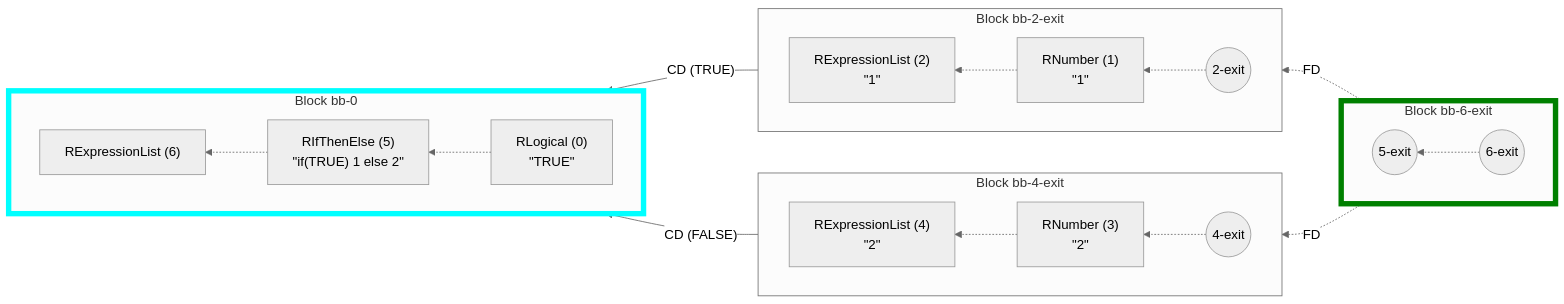
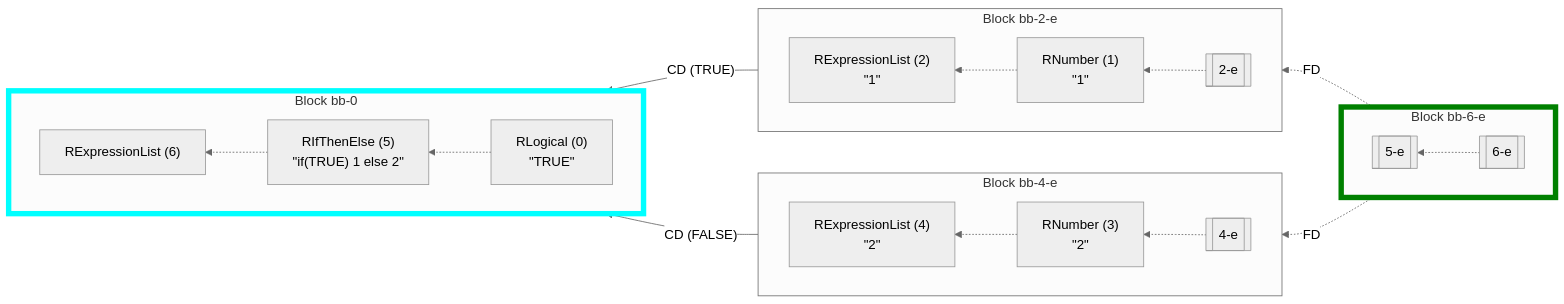
Before and after one commit to flowr-analysis/flowr: the third of 21 diagrams in wiki/Query API.md, drawn with Mermaid (neutral theme). The commit also changed other lines of this file and 9 other files, not shown here.

````diff
--- a/wiki/Query API.md
+++ b/wiki/Query API.md
@@ -1463,44 +1704,44 @@
 ```mermaid
 flowchart RL
     subgraph nbb-0 [Block bb-0]
         direction RL
     n0["`RLogical (0)
 #34;TRUE#34;`"]
     n5["`RIfThenElse (5)
 #34;if(TRUE) 1 else 2#34;`"]
     n0 -.-> n5
     n6["`RExpressionList (6)`"]
     n5 -.-> n6
     end
-    subgraph nbb-2-exit [Block bb-2-exit]
+    subgraph nbb-2-e [Block bb-2-e]
         direction RL
-    n2-exit((2-exit))
+    n2-e[[2-e]]
     n1["`RNumber (1)
 #34;1#34;`"]
-    n2-exit -.-> n1
+    n2-e -.-> n1
     n2["`RExpressionList (2)
 #34;1#34;`"]
     n1 -.-> n2
     end
-    subgraph nbb-4-exit [Block bb-4-exit]
+    subgraph nbb-4-e [Block bb-4-e]
         direction RL
-    n4-exit((4-exit))
+    n4-e[[4-e]]
     n3["`RNumber (3)
 #34;2#34;`"]
-    n4-exit -.-> n3
+    n4-e -.-> n3
     n4["`RExpressionList (4)
 #34;2#34;`"]
     n3 -.-> n4
     end
-    subgraph nbb-6-exit [Block bb-6-exit]
+    subgraph nbb-6-e [Block bb-6-e]
         direction RL
-    n6-exit((6-exit))
-    n5-exit((5-exit))
-    n6-exit -.-> n5-exit
+    n6-e[[6-e]]
+    n5-e[[5-e]]
+    n6-e -.-> n5-e
     end
-    nbb-6-exit -.->|"FD"| nbb-2-exit
-    nbb-6-exit -.->|"FD"| nbb-4-exit
-    nbb-2-exit -->|"CD (TRUE)"| nbb-0
-    nbb-4-exit -->|"CD (FALSE)"| nbb-0
-    style nbb-0 stroke:cyan,stroke-width:6.5px;    style nbb-6-exit stroke:green,stroke-width:6.5px;
+    nbb-6-e -.->|"FD"| nbb-2-e
+    nbb-6-e -.->|"FD"| nbb-4-e
+    nbb-2-e -->|"CD (TRUE)"| nbb-0
+    nbb-4-e -->|"CD (FALSE)"| nbb-0
+    style nbb-0 stroke:cyan,stroke-width:6.5px;    style nbb-6-e stroke:green,stroke-width:6.5px;
 ```
````
